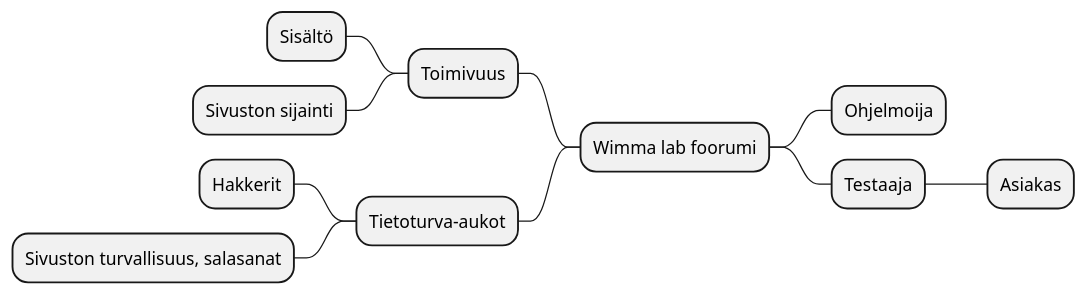
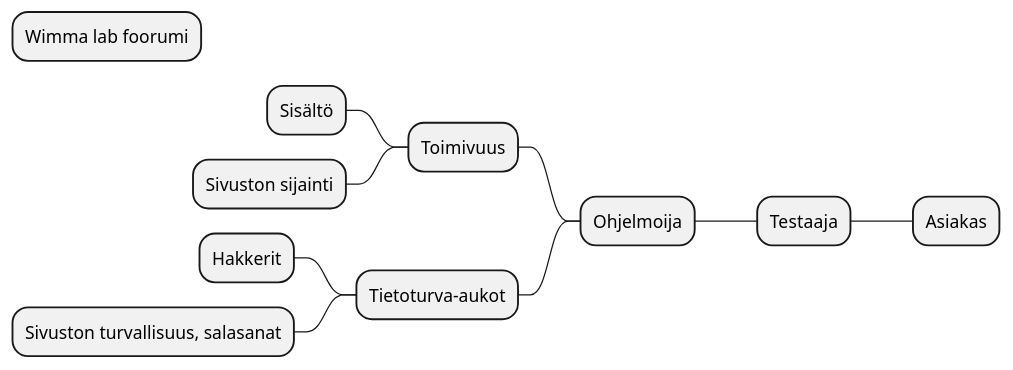
One commit to Pipe80/Projekti-ja-k-yt-neteet-kurssi changed the first of 5 diagrams in dokumentit/20-Vaatimustenhallinta/vaatimusmaaritely-tiivis.md. Above: the diagram before and after it, drawn with PlantUML.

````diff
--- a/dokumentit/20-Vaatimustenhallinta/vaatimusmaaritely-tiivis.md
+++ b/dokumentit/20-Vaatimustenhallinta/vaatimusmaaritely-tiivis.md
@@ -23,14 +23,14 @@
 ```plantuml
 @startmindmap
 + Wimma lab foorumi
-++ Ohjelmoija
++ Ohjelmoija
 ++ Testaaja
 +++ Asiakas
 -- Toimivuus
 --- Sisältö
 --- Sivuston sijainti
 -- Tietoturva-aukot
 --- Hakkerit
 --- Sivuston turvallisuus, salasanat
 @endmindmap
 ```
````
